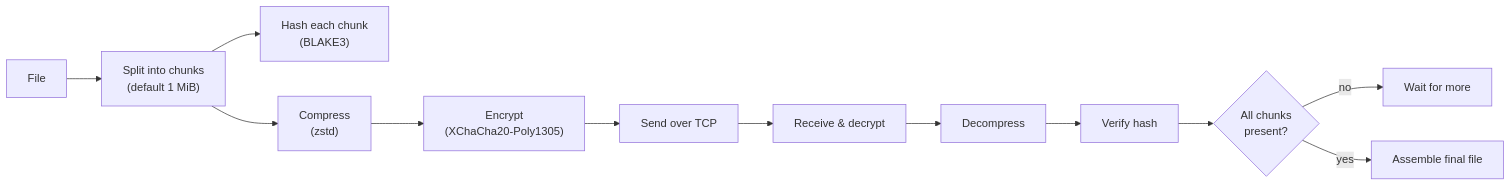
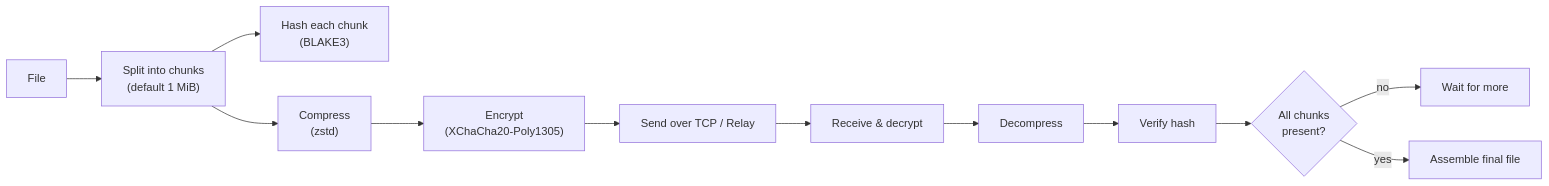
One commit to Sonalhegde/durasend changed the first of 5 diagrams in README.md. Above: the diagram before and after it, drawn with Mermaid. The commit also changed other lines of this file and 5 other files, not shown here.

````diff
--- a/README.md
+++ b/README.md
@@ -36,14 +39,14 @@
 ```mermaid
 flowchart LR
     A[File] --> B["Split into chunks<br/>(default 1 MiB)"]
     B --> C["Hash each chunk<br/>(BLAKE3)"]
     B --> D["Compress<br/>(zstd)"]
     D --> E["Encrypt<br/>(XChaCha20-Poly1305)"]
-    E --> F[Send over TCP]
+    E --> F[Send over TCP / Relay]
     F --> G[Receive & decrypt]
     G --> H[Decompress]
     H --> I[Verify hash]
     I --> J{"All chunks<br/>present?"}
     J -- no --> K[Wait for more]
     J -- yes --> L[Assemble final file]
 ```
````
